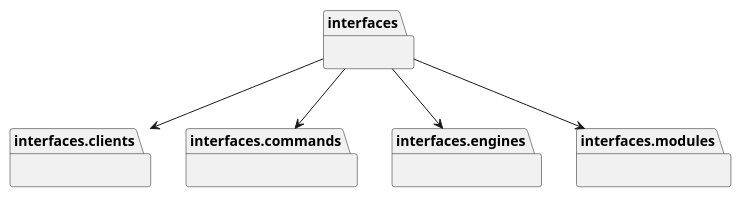
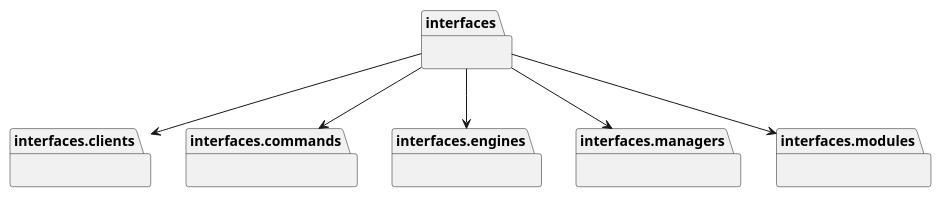
Before and after one commit to seppzer0/zero_kernel: the diagram in docs/architecture/interfaces/packages.puml, drawn with PlantUML. The commit also changed 2 other files, not shown here.

Commit message:
docs: update architecture docs

```diff
--- a/docs/architecture/interfaces/packages.puml
+++ b/docs/architecture/interfaces/packages.puml
@@ -1,17 +1,20 @@
 @startuml packages
 set namespaceSeparator none
 package "interfaces" as interfaces {
 }
 package "interfaces.clients" as interfaces.clients {
 }
 package "interfaces.commands" as interfaces.commands {
 }
 package "interfaces.engines" as interfaces.engines {
 }
+package "interfaces.managers" as interfaces.managers {
+}
 package "interfaces.modules" as interfaces.modules {
 }
 interfaces --> interfaces.clients
 interfaces --> interfaces.commands
 interfaces --> interfaces.engines
+interfaces --> interfaces.managers
 interfaces --> interfaces.modules
 @enduml
```
